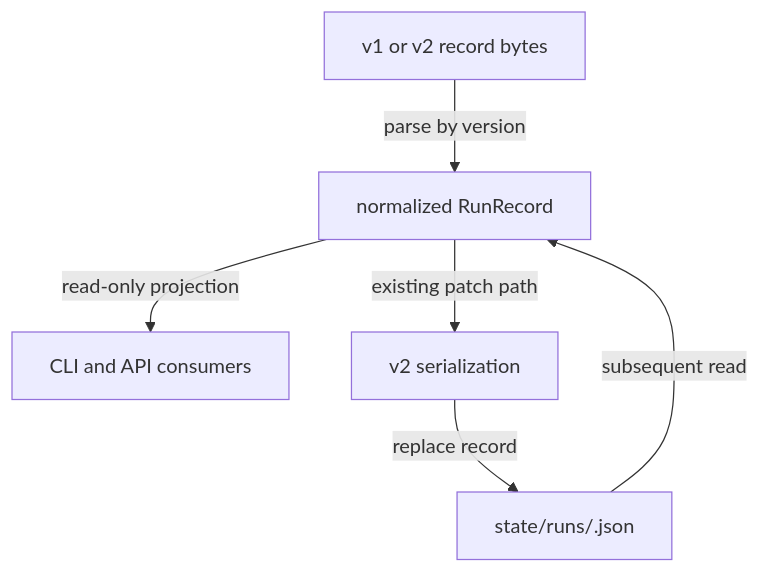
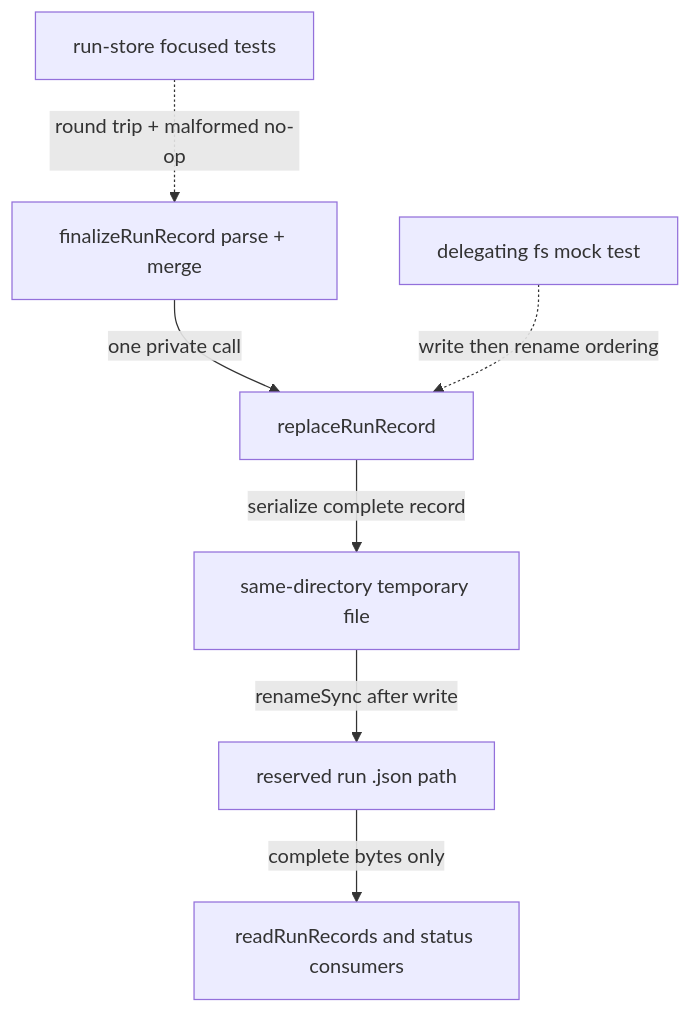
One commit to eventbalancer/agent-quorum changed the diagram in benchmarks/planning/smoke/high-revise-judge-ready.plan.md. Above: the diagram before and after it, drawn with Mermaid. The commit also changed other lines of this file and 5 other files, not shown here.

````diff
--- a/benchmarks/planning/smoke/high-revise-judge-ready.plan.md
+++ b/benchmarks/planning/smoke/high-revise-judge-ready.plan.md
@@ -142,8 +142,9 @@
 ```mermaid
 flowchart TD
-  A["v1 or v2 record bytes"] -->|"parse by version"| B["normalized RunRecord"]
-  B -->|"read-only projection"| C["CLI and API consumers"]
-  B -->|"existing patch path"| D["v2 serialization"]
-  D -->|"replace record"| E["state/runs/<id>.json"]
-  E -->|"subsequent read"| B
+  A["finalizeRunRecord parse + merge"] -->|"one private call"| B["replaceRunRecord"]
+  B -->|"serialize complete record"| C["same-directory temporary file"]
+  C -->|"renameSync after write"| D["reserved run .json path"]
+  D -->|"complete bytes only"| E["readRunRecords and status consumers"]
+  F["run-store focused tests"] -.->|"round trip + malformed no-op"| A
+  G["delegating fs mock test"] -.->|"write then rename ordering"| B
 ```
````
